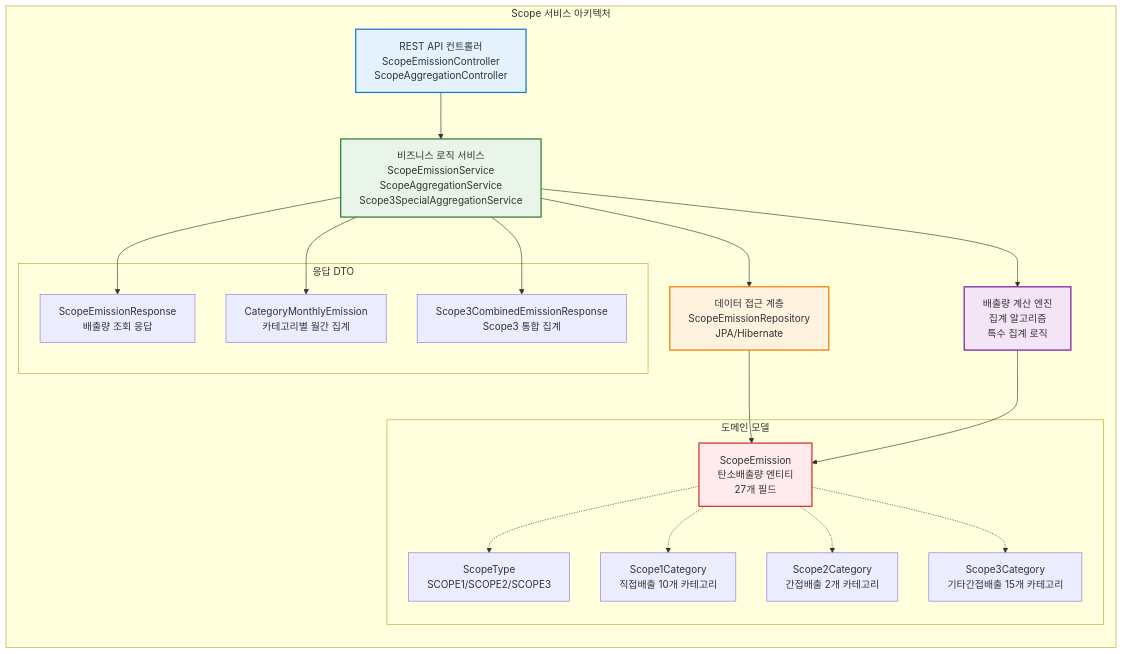
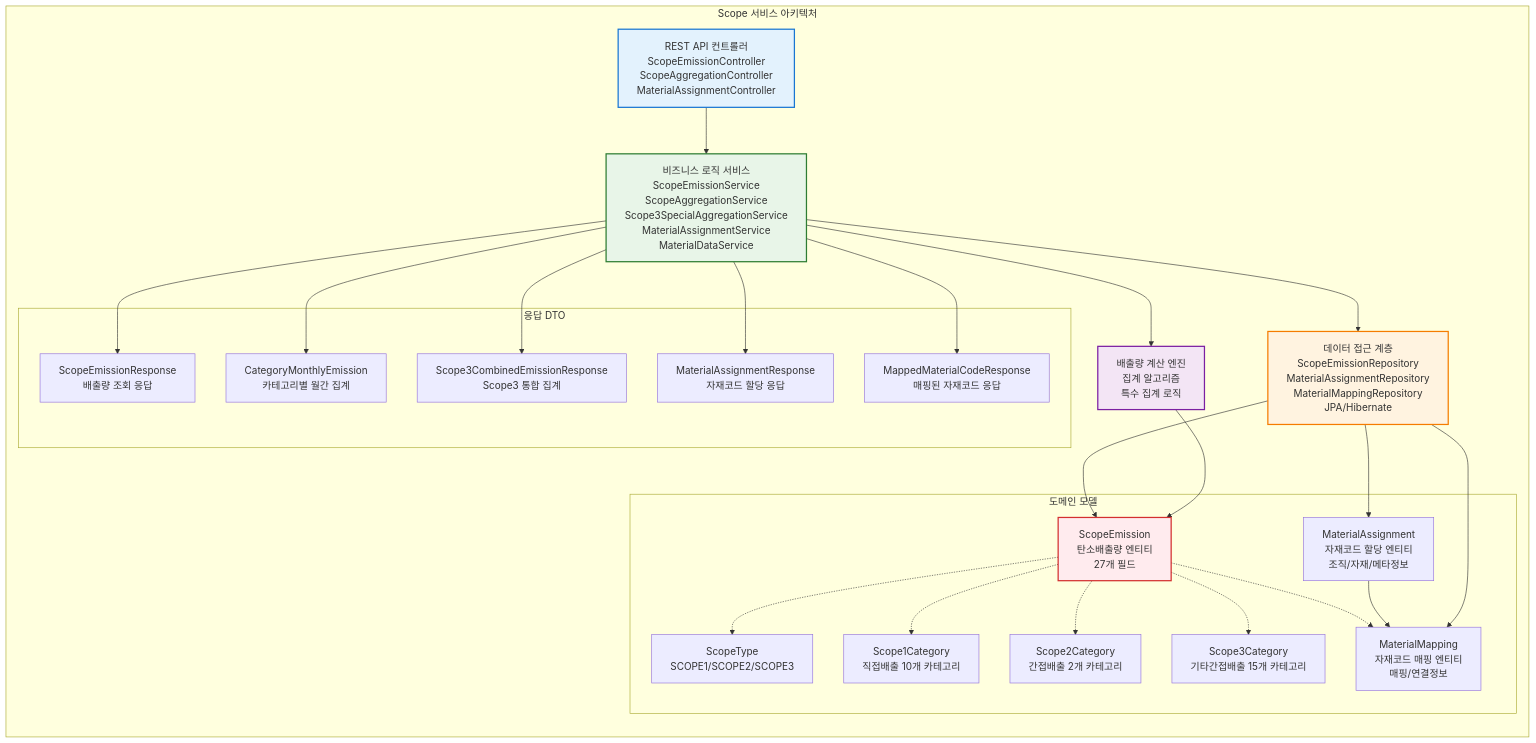
One commit to NSMM-v2/scope-service changed the second of 10 diagrams in README.md. Above: the diagram before and after it, drawn with Mermaid. The commit also changed other lines of this file, not shown here.

````diff
--- a/README.md
+++ b/README.md
@@ -65,40 +67,50 @@
 ```mermaid
 graph LR
     subgraph "Scope 서비스 아키텍처"
-        API[REST API 컨트롤러<br/>ScopeEmissionController<br/>ScopeAggregationController] --> BIZ[비즈니스 로직 서비스<br/>ScopeEmissionService<br/>ScopeAggregationService<br/>Scope3SpecialAggregationService]
-        BIZ --> DATA[데이터 접근 계층<br/>ScopeEmissionRepository<br/>JPA/Hibernate]
+        API[REST API 컨트롤러<br/>ScopeEmissionController<br/>ScopeAggregationController<br/>MaterialAssignmentController] --> BIZ[비즈니스 로직 서비스<br/>ScopeEmissionService<br/>ScopeAggregationService<br/>Scope3SpecialAggregationService<br/>MaterialAssignmentService<br/>MaterialDataService]
+        BIZ --> DATA[데이터 접근 계층<br/>ScopeEmissionRepository<br/>MaterialAssignmentRepository<br/>MaterialMappingRepository<br/>JPA/Hibernate]
         BIZ --> CALC[배출량 계산 엔진<br/>집계 알고리즘<br/>특수 집계 로직]
         
         subgraph "도메인 모델"
             ENTITY[ScopeEmission<br/>탄소배출량 엔티티<br/>27개 필드]
+            MATERIAL[MaterialAssignment<br/>자재코드 할당 엔티티<br/>조직/자재/메타정보]
+            MAPPING[MaterialMapping<br/>자재코드 매핑 엔티티<br/>매핑/연결정보]
             TYPE[ScopeType<br/>SCOPE1/SCOPE2/SCOPE3]
             CAT1[Scope1Category<br/>직접배출 10개 카테고리]
             CAT2[Scope2Category<br/>간접배출 2개 카테고리]
             CAT3[Scope3Category<br/>기타간접배출 15개 카테고리]
             
             ENTITY -.-> TYPE
             ENTITY -.-> CAT1
             ENTITY -.-> CAT2
             ENTITY -.-> CAT3
+            ENTITY -.-> MAPPING
+            MATERIAL --> MAPPING
         end
         
         DATA --> ENTITY
+        DATA --> MATERIAL
+        DATA --> MAPPING
         CALC --> ENTITY
         
         subgraph "응답 DTO"
             RESP1[ScopeEmissionResponse<br/>배출량 조회 응답]
             RESP2[CategoryMonthlyEmission<br/>카테고리별 월간 집계]
             RESP3[Scope3CombinedEmissionResponse<br/>Scope3 통합 집계]
+            RESP4[MaterialAssignmentResponse<br/>자재코드 할당 응답]
+            RESP5[MappedMaterialCodeResponse<br/>매핑된 자재코드 응답]
         end
         
         BIZ --> RESP1
         BIZ --> RESP2
         BIZ --> RESP3
+        BIZ --> RESP4
+        BIZ --> RESP5
     end
     
     style API fill:#e3f2fd,stroke:#1976d2,stroke-width:2px
     style BIZ fill:#e8f5e8,stroke:#2e7d32,stroke-width:2px
     style DATA fill:#fff3e0,stroke:#f57c00,stroke-width:2px
     style CALC fill:#f3e5f5,stroke:#7b1fa2,stroke-width:2px
     style ENTITY fill:#ffebee,stroke:#d32f2f,stroke-width:2px
 ```
````
